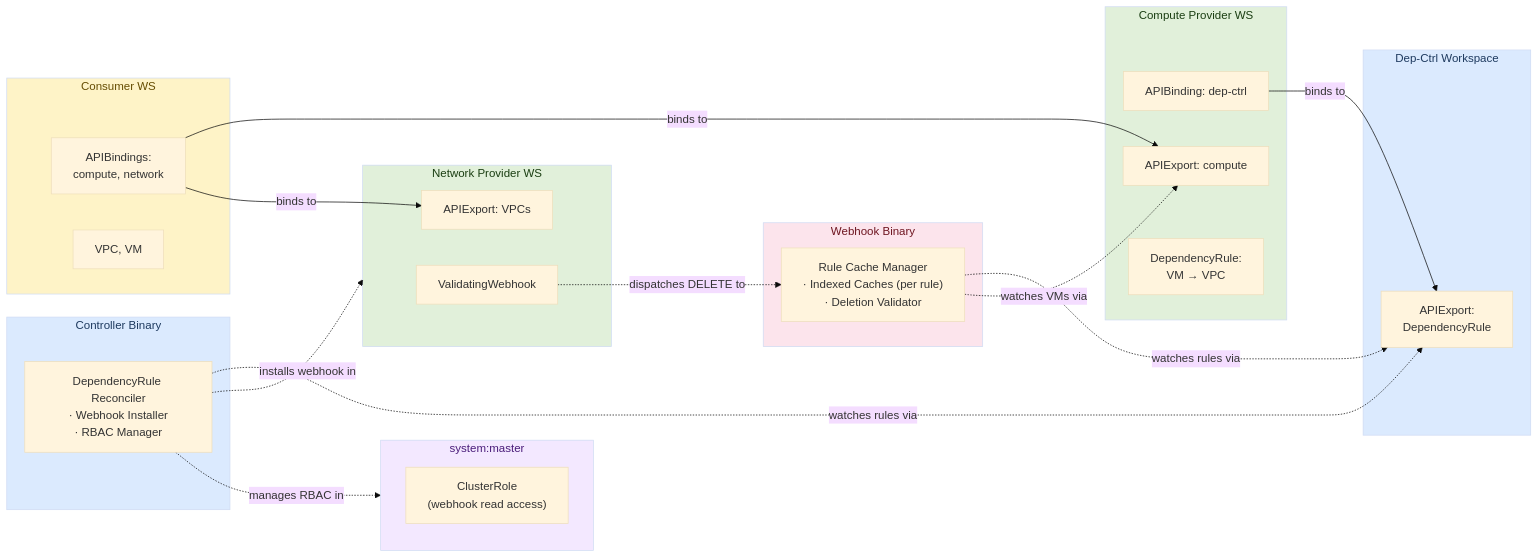
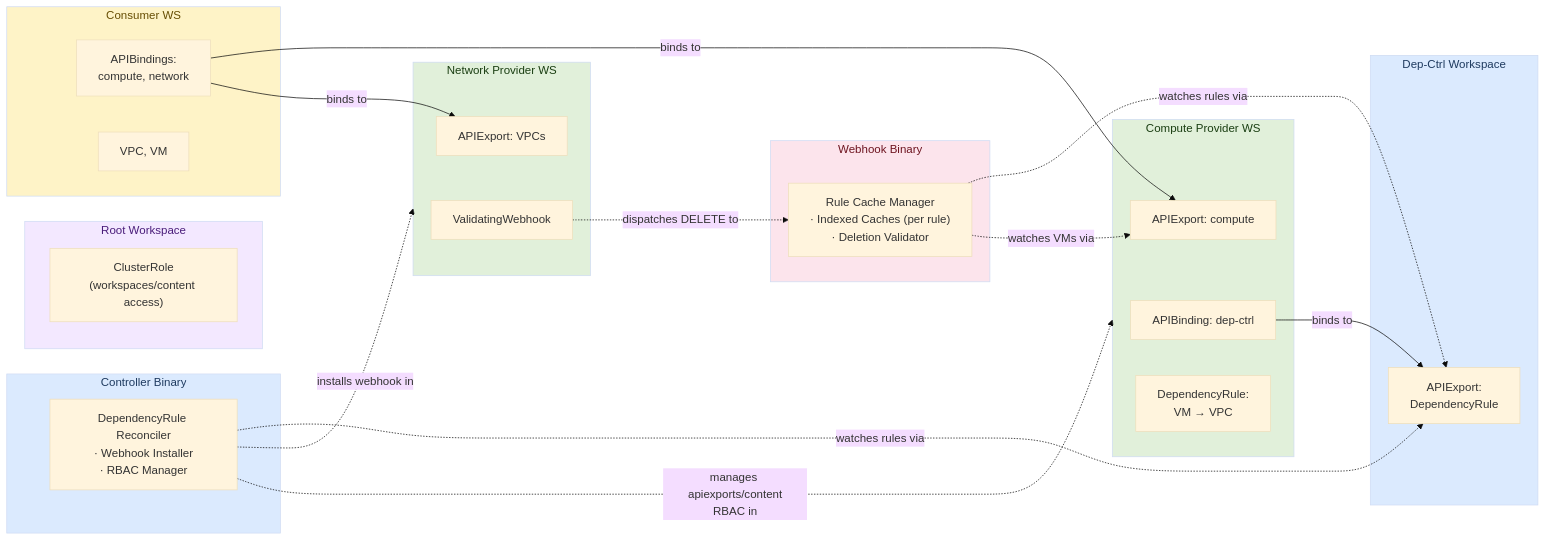
Before and after one commit to opendefensecloud/dependency-controller: the second of 2 diagrams in README.md, drawn with Mermaid (base theme). The commit also changed other lines of this file and 3 other files, not shown here.

````diff
--- a/README.md
+++ b/README.md
@@ -114,52 +115,52 @@
 ```mermaid
 graph LR
     subgraph DC["Dep-Ctrl Workspace"]
         DCExport["APIExport:<br/>DependencyRule"]
     end
 
     subgraph CB["Controller Binary"]
         Ctrl["DependencyRule Reconciler<br/>· Webhook Installer<br/>· RBAC Manager"]
     end
 
     subgraph WB["Webhook Binary"]
         WH["Rule Cache Manager<br/>· Indexed Caches (per rule)<br/>· Deletion Validator"]
     end
 
     subgraph CP["Compute Provider WS"]
         CPBinding["APIBinding: dep-ctrl"]
         CPExport["APIExport: compute"]
         CPRule["DependencyRule:<br/>VM → VPC"]
     end
 
     subgraph NP["Network Provider WS"]
         NPExport["APIExport: VPCs"]
         NPWebhook["ValidatingWebhook"]
     end
 
-    subgraph SM["system:master"]
-        SMROLE["ClusterRole<br/>(webhook read access)"]
+    subgraph ROOT["Root Workspace"]
+        ROOTROLE["ClusterRole<br/>(workspaces/content access)"]
     end
 
     subgraph CW["Consumer WS"]
         CWBindings["APIBindings:<br/>compute, network"]
         CWResources["VPC, VM"]
     end
 
     CPBinding -->|binds to| DCExport
     Ctrl -.->|watches rules via| DCExport
     Ctrl -.->|installs webhook in| NP
-    Ctrl -.->|manages RBAC in| SM
+    Ctrl -.->|manages apiexports/content<br/>RBAC in| CP
     WH -.->|watches rules via| DCExport
     WH -.->|watches VMs via| CPExport
     NPWebhook -.->|dispatches DELETE to| WH
     CWBindings -->|binds to| CPExport
     CWBindings -->|binds to| NPExport
 
     style DC fill:#dbeafe,color:#1e3a5f
     style CB fill:#dbeafe,color:#1e3a5f
     style WB fill:#fce4ec,color:#6e1520
     style CP fill:#e1f0da,color:#1a3e12
     style NP fill:#e1f0da,color:#1a3e12
-    style SM fill:#f3e8ff,color:#4a1d7a
+    style ROOT fill:#f3e8ff,color:#4a1d7a
     style CW fill:#fef3c7,color:#664d03
 ```
````
